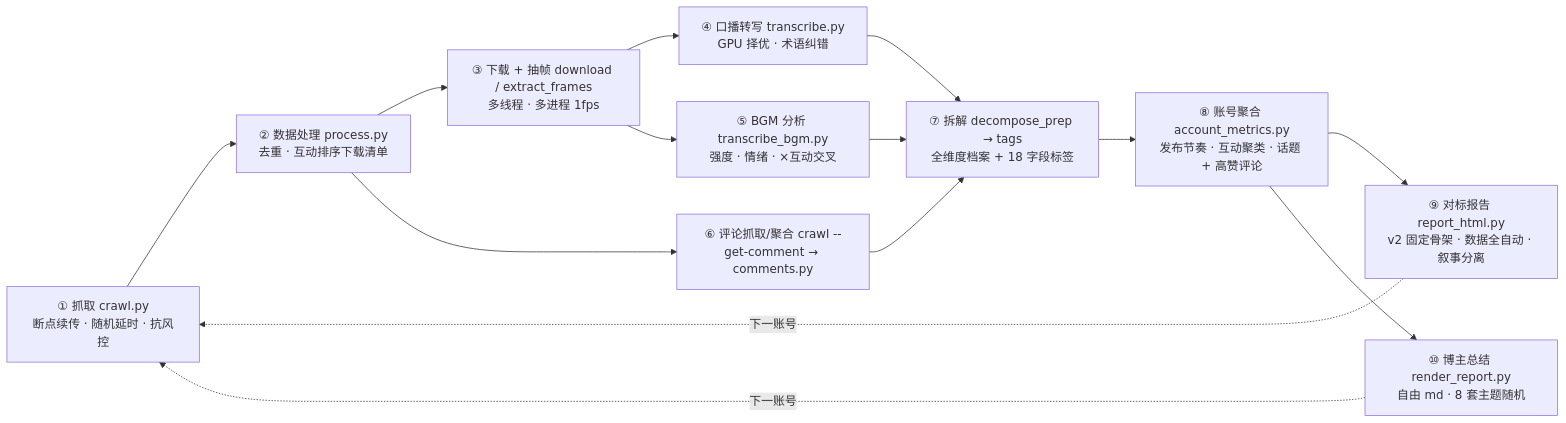
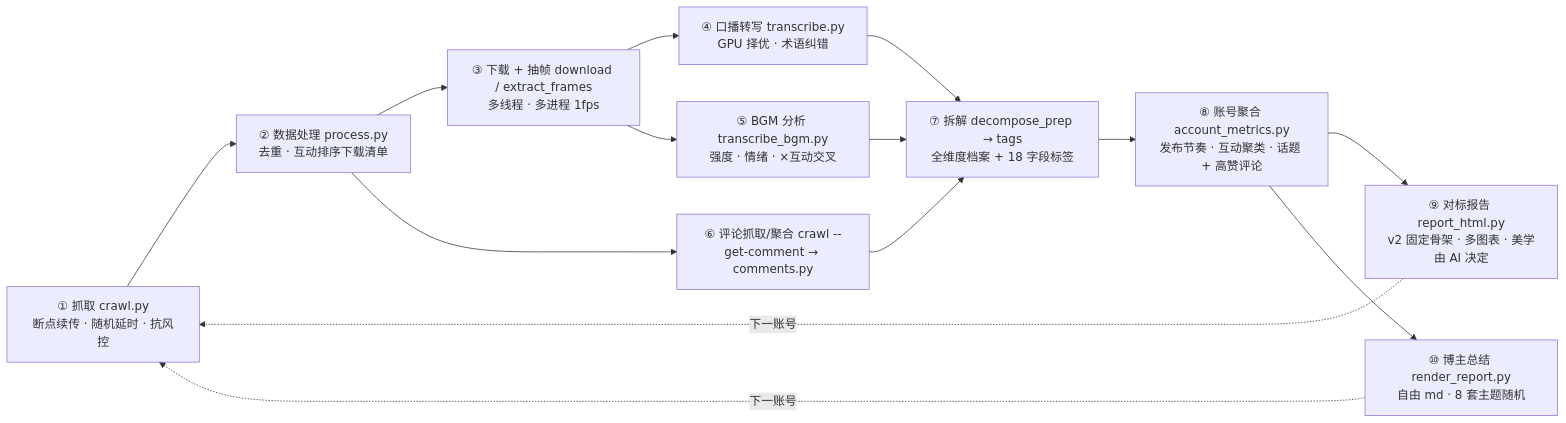
Before and after one commit to sdhack/douyin-crawl-report: the diagram in README.md, drawn with Mermaid. The commit also changed other lines of this file and 6 other files, not shown here.

First line of the commit message:
feat: v0.4.0 对标报告设计由 AI 自由决定 + 多图表

````diff
--- a/README.md
+++ b/README.md
@@ -18,16 +18,16 @@
 ```mermaid
 flowchart LR
     A["① 抓取 crawl.py<br/>断点续传 · 随机延时 · 抗风控"] --> B["② 数据处理 process.py<br/>去重 · 互动排序下载清单"]
     B --> C["③ 下载 + 抽帧 download / extract_frames<br/>多线程 · 多进程 1fps"]
     C --> D["④ 口播转写 transcribe.py<br/>GPU 择优 · 术语纠错"]
     C --> E["⑤ BGM 分析 transcribe_bgm.py<br/>强度 · 情绪 · ×互动交叉"]
     B --> F["⑥ 评论抓取/聚合 crawl --get-comment → comments.py"]
     D --> G["⑦ 拆解 decompose_prep → tags<br/>全维度档案 + 18 字段标签"]
     F --> G
     E --> G
     G --> H["⑧ 账号聚合 account_metrics.py<br/>发布节奏 · 互动聚类 · 话题 + 高赞评论"]
-    H --> I["⑨ 对标报告 report_html.py<br/>v2 固定骨架 · 数据全自动 · 叙事分离"]
+    H --> I["⑨ 对标报告 report_html.py<br/>v2 固定骨架 · 多图表 · 美学由 AI 决定"]
     H --> J["⑩ 博主总结 render_report.py<br/>自由 md · 8 套主题随机"]
     I -.->|下一账号| A
     J -.->|下一账号| A
 ```
````
